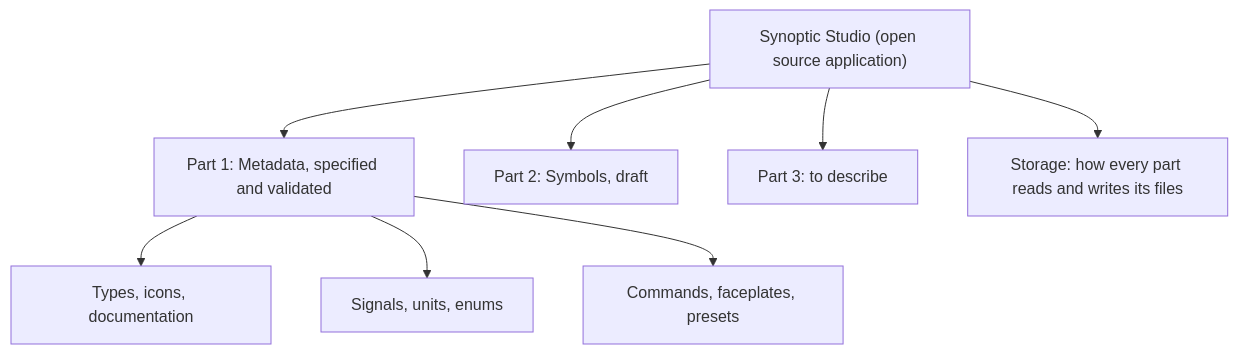
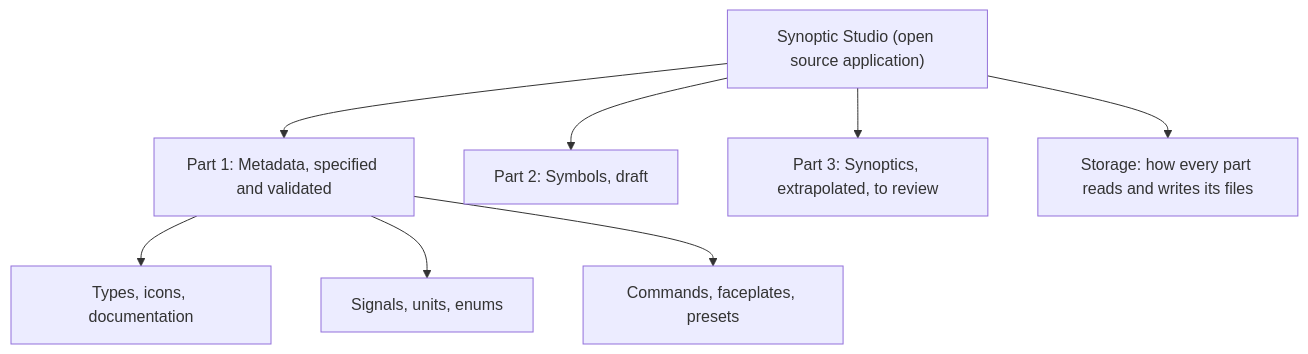
The second of 2 diagrams in README.md (AlexandreGallais/synoptic-studio-spec), drawn with Mermaid before and after one commit. The commit also changed other lines of this file and 17 other files, not shown here.

First line of the commit message:
docs(synoptics): extrapolate the synoptic part and its screens

````diff
--- a/README.md
+++ b/README.md
@@ -30,11 +30,11 @@
 ```mermaid
 flowchart TD
     APP["Synoptic Studio (open source application)"]
     APP --> MD["Part 1: Metadata, specified and validated"]
     APP --> P2["Part 2: Symbols, draft"]
-    APP --> P3["Part 3: to describe"]
+    APP --> P3["Part 3: Synoptics, extrapolated, to review"]
     APP --> ST["Storage: how every part reads and writes its files"]
     MD --> MD1["Types, icons, documentation"]
     MD --> MD2["Signals, units, enums"]
     MD --> MD3["Commands, faceplates, presets"]
 ```
````
